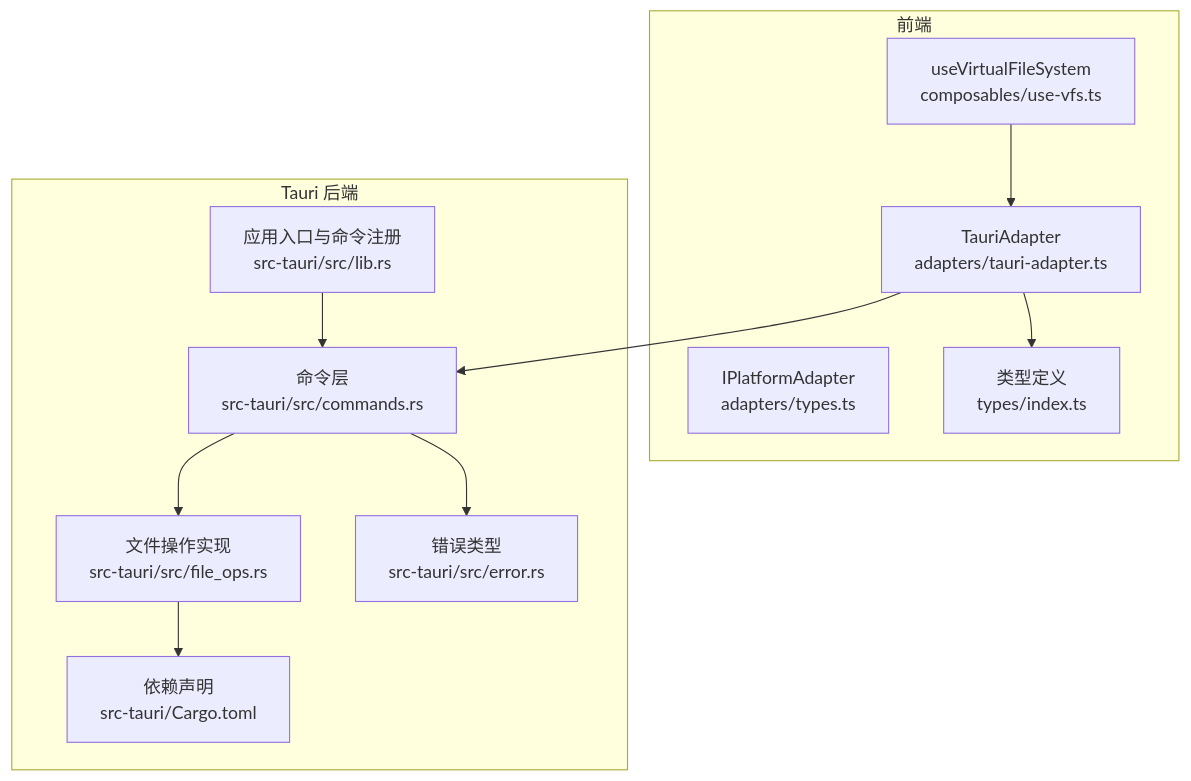
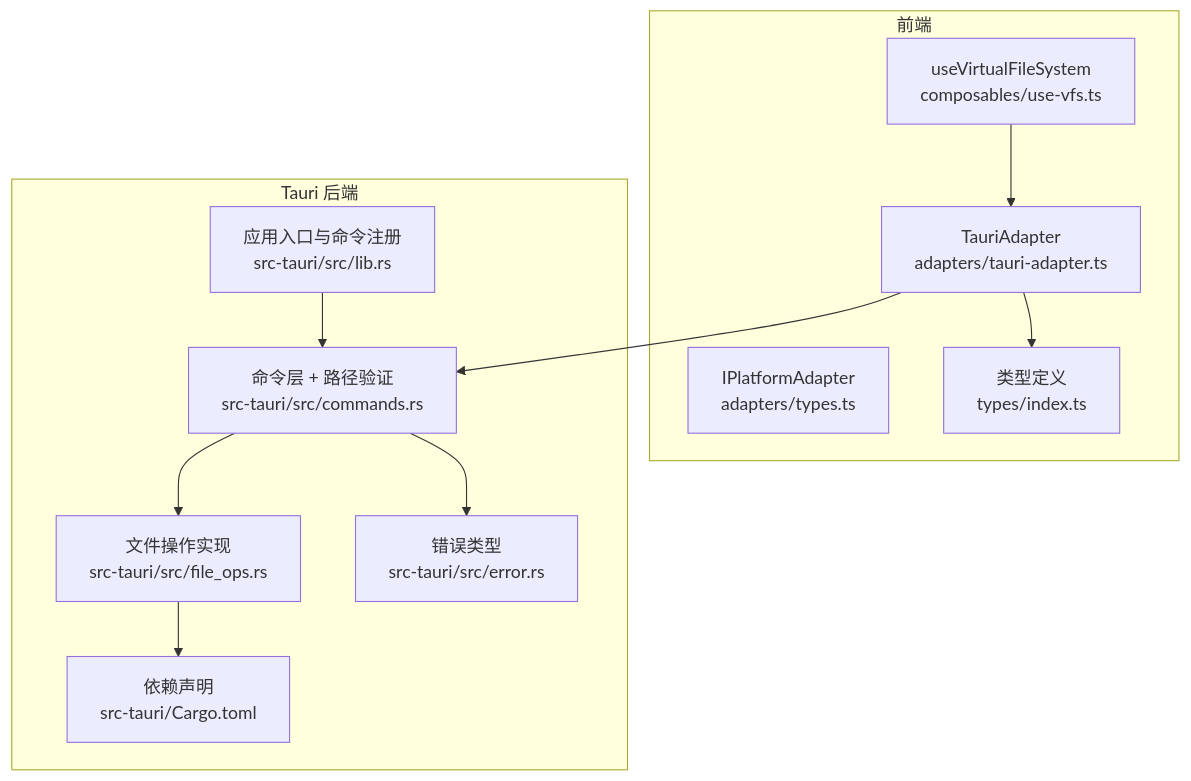
One commit to taoweidong/Hello-Tauri changed the first of 7 diagrams in .qoder/repowiki/zh/content/Tauri 后端/文件系统操作/文件系统操作.md. Above: the diagram before and after it, drawn with Mermaid. The commit also changed other lines of this file and 119 other files, not shown here.

````diff
--- a/.qoder/repowiki/zh/content/Tauri 后端/文件系统操作/文件系统操作.md
+++ b/.qoder/repowiki/zh/content/Tauri 后端/文件系统操作/文件系统操作.md
@@ -39,23 +47,23 @@
 ```mermaid
 graph TB
 subgraph "前端"
 VFS["useVirtualFileSystem<br/>composables/use-vfs.ts"]
 Adapter["TauriAdapter<br/>adapters/tauri-adapter.ts"]
 Types["IPlatformAdapter<br/>adapters/types.ts"]
 DataTypes["类型定义<br/>types/index.ts"]
 end
 subgraph "Tauri 后端"
 Lib["应用入口与命令注册<br/>src-tauri/src/lib.rs"]
-Cmds["命令层<br/>src-tauri/src/commands.rs"]
+Cmds["命令层 + 路径验证<br/>src-tauri/src/commands.rs"]
 Ops["文件操作实现<br/>src-tauri/src/file_ops.rs"]
 Err["错误类型<br/>src-tauri/src/error.rs"]
 Deps["依赖声明<br/>src-tauri/Cargo.toml"]
 end
 VFS --> Adapter
 Adapter --> Cmds
 Cmds --> Ops
 Cmds --> Err
 Lib --> Cmds
 Ops --> Deps
 Adapter --> DataTypes
 ```
````
